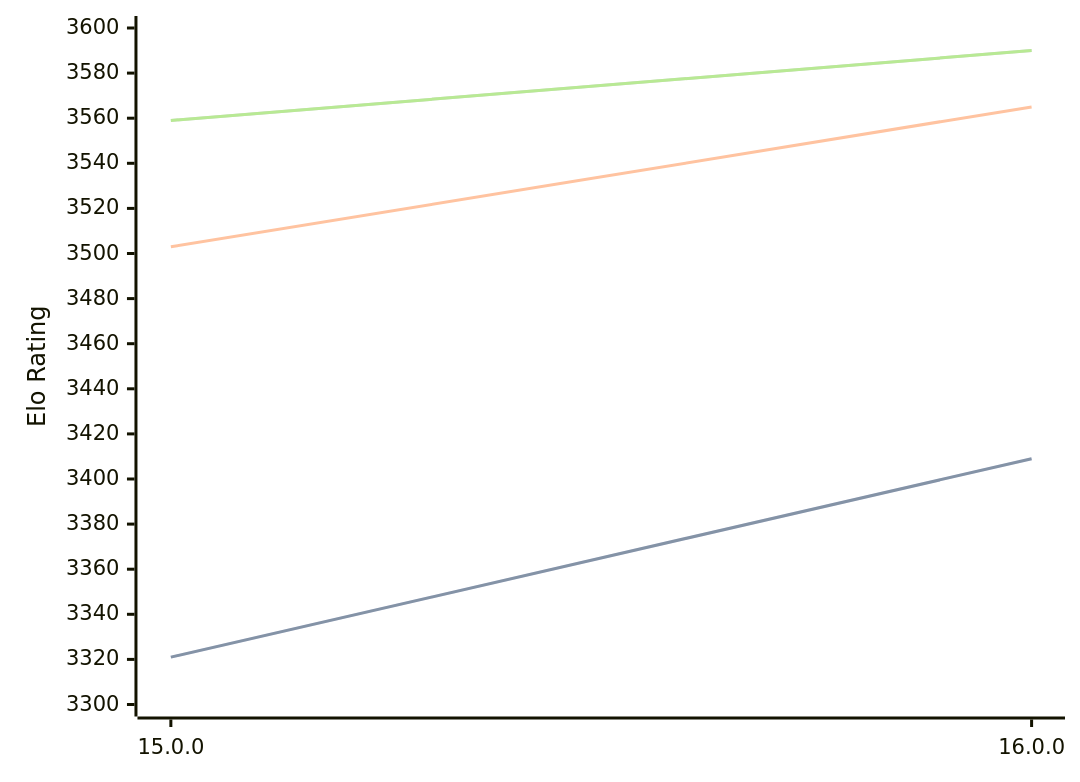
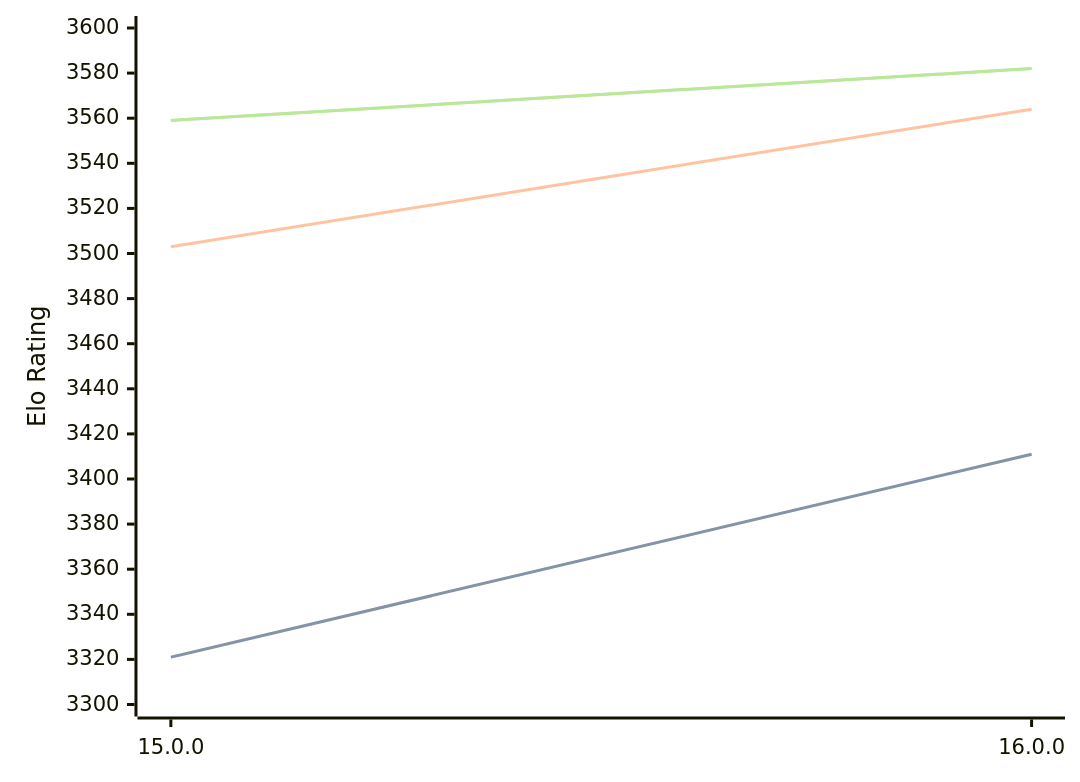
Before and after one commit to computer-chess-index/cci: the diagram in engines/Halogen.md, drawn with Mermaid. The commit also changed other lines of this file, not shown here.

Commit message:
Update CCI Ratings (ELO VLTC) - 2026-02-15

````diff
--- a/engines/Halogen.md
+++ b/engines/Halogen.md
@@ -47,11 +47,11 @@
 ```mermaid
 %%{init: {"theme":"base","themeVariables":{"seriesColors:['#a3a3a3','#222221','#faa371']}}}%%
 xychart-beta
   x-axis ["15.0.0", "16.0.0"]
   y-axis "Elo Rating" 3300 --> 3600
-  line "STC (8.0+0.08s)" [3321, 3409]
-  line "STC (8.0+0.08s)" [3321, 3409]
-  line "LTC (60.0+0.60s)" [3503, 3565]
-  line "VLTC (2m24s+1.12s)" [3559, 3590]
-  line "VLTC (2m24s+1.12s)" [3559, 3590]
+  line "STC (8.0+0.08s)" [3321, 3411]
+  line "STC (8.0+0.08s)" [3321, 3411]
+  line "LTC (60.0+0.60s)" [3503, 3564]
+  line "VLTC (2m24s+1.12s)" [3559, 3582]
+  line "VLTC (2m24s+1.12s)" [3559, 3582]
 ```
````
